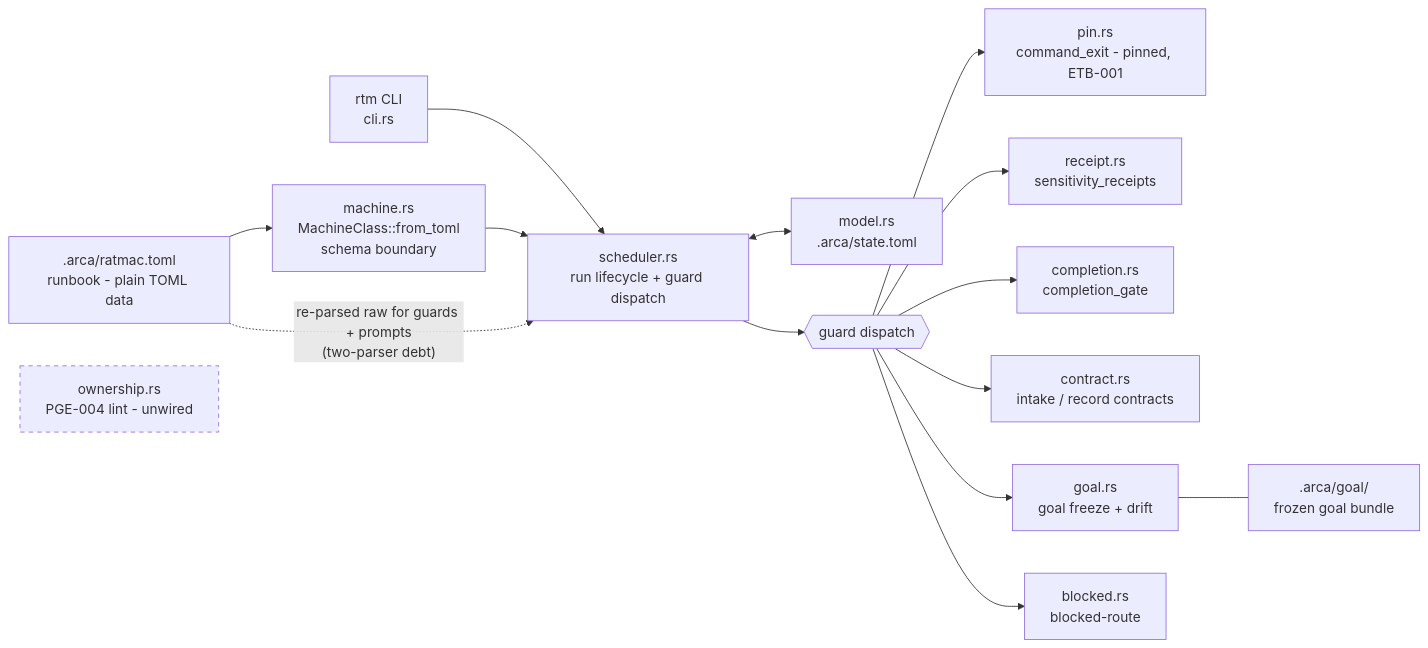
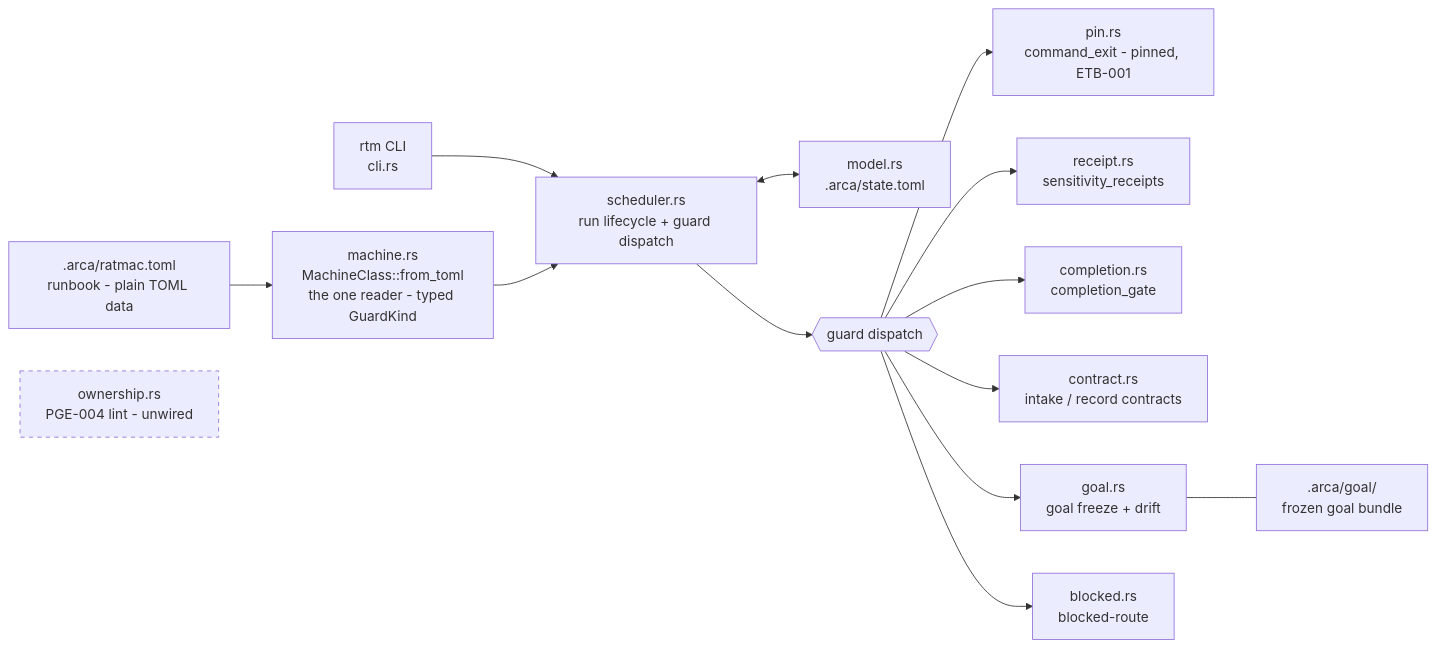
Before and after one commit to egoisth777/ratmac: the diagram in .arca/index.md, drawn with Mermaid. The commit also changed other lines of this file and 17 other files, not shown here.

Commit message:
t-055: one typed runbook reader with a closed guard vocabulary

````diff
--- a/.arca/index.md
+++ b/.arca/index.md
@@ -28,18 +28,17 @@
 ```mermaid
 flowchart LR
     CLI["rtm CLI<br/>cli.rs"] --> SCH["scheduler.rs<br/>run lifecycle + guard dispatch"]
-    RB[".arca/ratmac.toml<br/>runbook - plain TOML data"] --> MC["machine.rs<br/>MachineClass::from_toml<br/>schema boundary"]
+    RB[".arca/ratmac.toml<br/>runbook - plain TOML data"] --> MC["machine.rs<br/>MachineClass::from_toml<br/>the one reader - typed GuardKind"]
     MC --> SCH
-    RB -. "re-parsed raw for guards + prompts<br/>(two-parser debt)" .-> SCH
     SCH <--> ST["model.rs<br/>.arca/state.toml"]
     SCH --> G{{guard dispatch}}
     G --> PIN["pin.rs<br/>command_exit - pinned, ETB-001"]
     G --> REC["receipt.rs<br/>sensitivity_receipts"]
     G --> COM["completion.rs<br/>completion_gate"]
     G --> CON["contract.rs<br/>intake / record contracts"]
     G --> GOL["goal.rs<br/>goal freeze + drift"]
     G --> BLK["blocked.rs<br/>blocked-route"]
     GOL --- GB[".arca/goal/<br/>frozen goal bundle"]
     OWN["ownership.rs<br/>PGE-004 lint - unwired"]
     style OWN stroke-dasharray: 5 5
 ```
````
